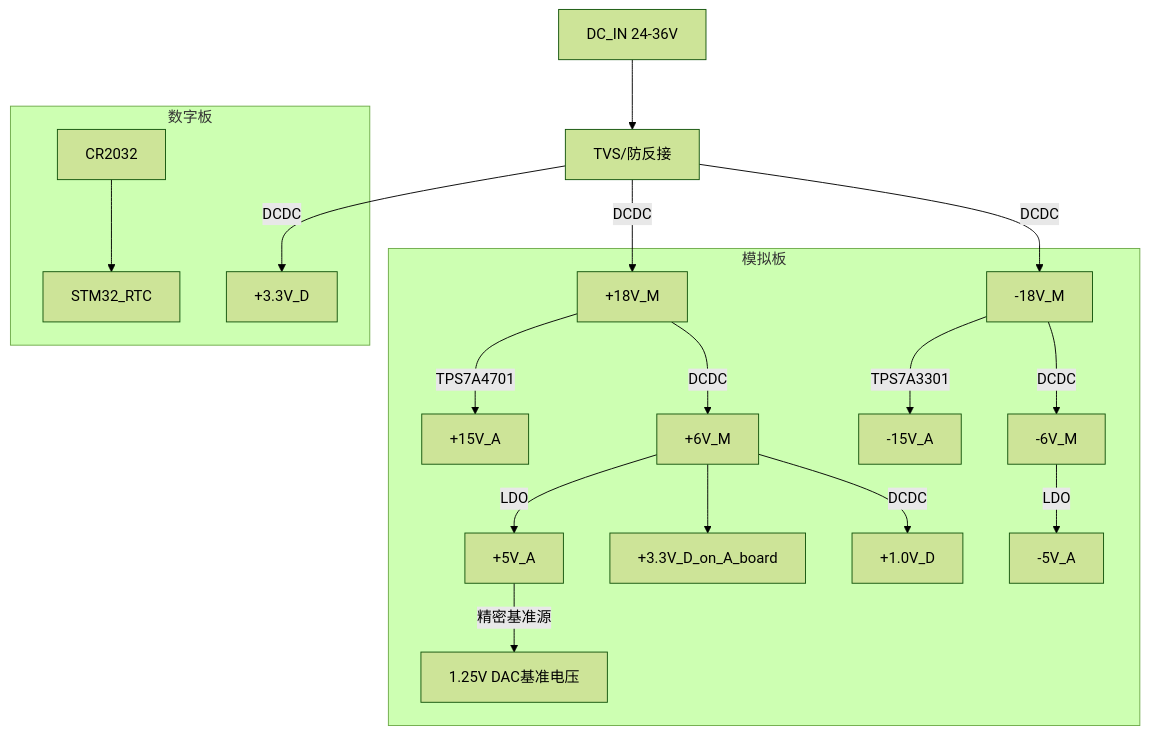
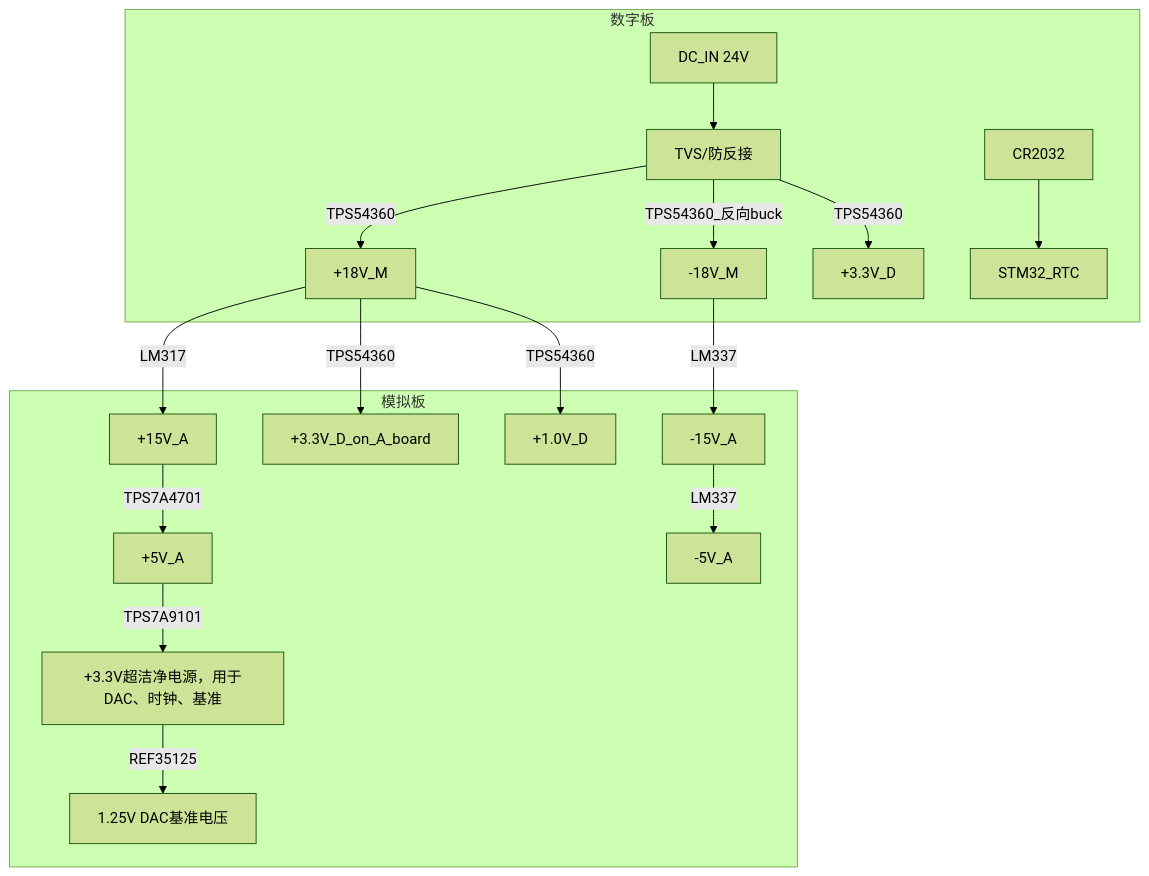
Before and after one commit to EERNINUO/ArbWave30: the diagram in docs/硬件架构文档.md, drawn with Mermaid (forest theme). The commit also changed other lines of this file and 7 other files, not shown here.

Commit message:
1、简化系统框图 2、完善模拟前端架构 3、确定了一些器件的选型

````diff
--- a/docs/硬件架构文档.md
+++ b/docs/硬件架构文档.md
@@ -83,27 +94,25 @@
 ```mermaid
 graph TD
-  Vin[DC_IN 24-36V] --> TVS[TVS/防反接]
+  subgraph 数字板
+  Vin[DC_IN 24V] --> TVS[TVS/防反接]
 
-  TVS -->|DCDC| +18V_M[+18V_M]
-  TVS -->|DCDC| -18V_M[-18V_M]
-  TVS -->|DCDC| +3.3V_D[+3.3V_D]
-
-  subgraph 数字板
+  TVS -->|TPS54360| +18V_M[+18V_M]
+  TVS -->|TPS54360_反向buck| -18V_M[-18V_M]
+  TVS -->|TPS54360| +3.3V_D[+3.3V_D]
     +3.3V_D[+3.3V_D]
 
     +3.0V_RTC[CR2032] --> STM32_RTC
   end
 
   subgraph 模拟板
-    +18V_M -->|TPS7A4701| +15V_A[+15V_A]
-    -18V_M -->|TPS7A3301| -15V_A[-15V_A]
-    +18V_M -->|DCDC| +6V_M[+6V_M]
-    -18V_M -->|DCDC| -6V_M[-6V_M]
-    +6V_M -->|LDO| +5V_A[+5V_A]
-    -6V_M -->|LDO| -5V_A[-5V_A]
-    +5V_A -->|精密基准源| 1.25[1.25V DAC基准电压]
+    +18V_M -->|LM317| +15V_A[+15V_A]
+    -18V_M -->|LM337| -15V_A[-15V_A]
+    +15V_A -->|TPS7A4701| +5V_A[+5V_A]
+    -15V_A -->|LM337| -5V_A[-5V_A]
+    +5V_A -->|TPS7A9101| +3.3V_A[+3.3V超洁净电源，用于DAC、时钟、基准]
+    +3.3V_A -->|REF35125| 1.25[1.25V DAC基准电压]
 
-    +6V_M --> +3.3V_D_on_A_board[+3.3V_D_on_A_board]
-    +6V_M -->|DCDC| +1.0V_D[+1.0V_D]
+    +18V_M -->|TPS54360| +3.3V_D_on_A_board[+3.3V_D_on_A_board]
+    +18V_M -->|TPS54360| +1.0V_D[+1.0V_D]
   end
 ```
````
